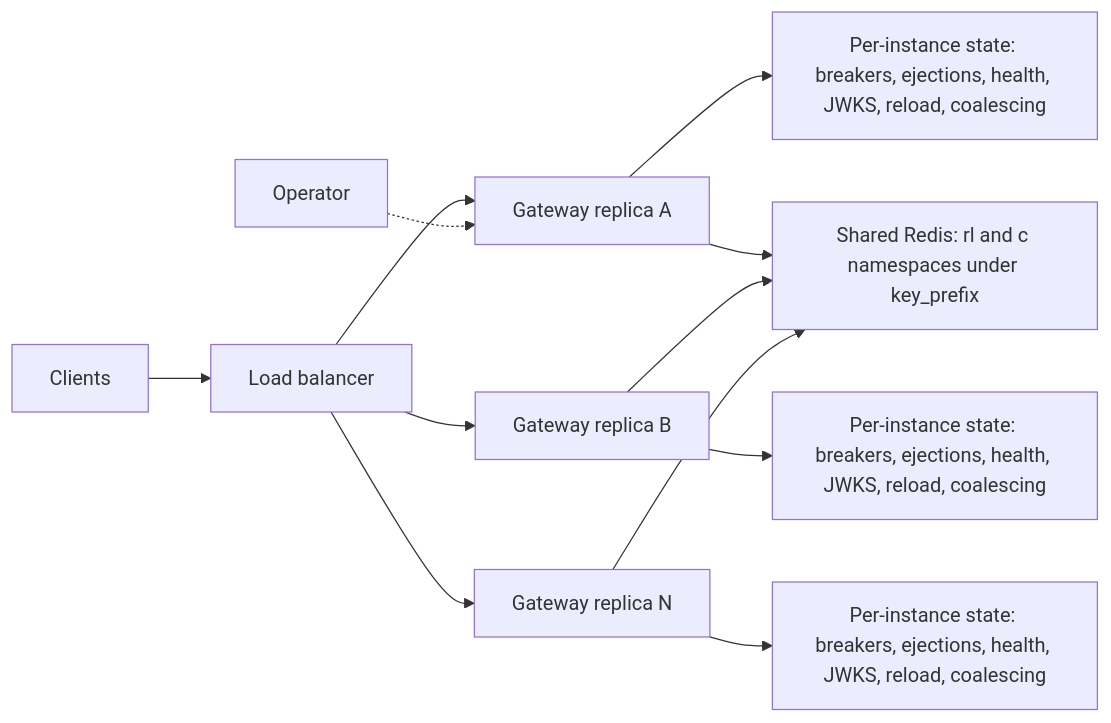
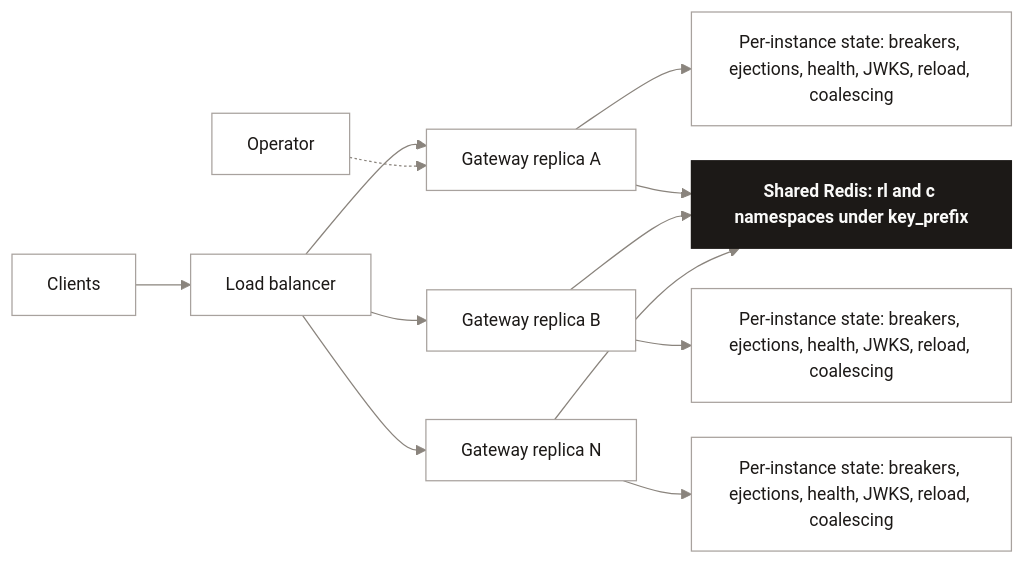
Before and after one commit to ok0/go-microgateway: the diagram in docs/multi-instance.md, drawn with Mermaid. The commit also changed 4 other files, not shown here.

Commit message:
docs: restyle the Mermaid diagrams with a neutral theme

````diff
--- a/docs/multi-instance.md
+++ b/docs/multi-instance.md
@@ -7,14 +7,18 @@
 ```mermaid
+%%{init: {"theme": "base", "themeVariables": {"fontFamily": "-apple-system, BlinkMacSystemFont, Segoe UI, Helvetica, Arial, sans-serif", "fontSize": "14px", "primaryColor": "#ffffff", "primaryTextColor": "#1c1917", "primaryBorderColor": "#a8a29e", "lineColor": "#8a847d", "clusterBkg": "#f5f4f1", "clusterBorder": "#e2dfd9", "titleColor": "#57534e", "edgeLabelBackground": "#ffffff", "actorBkg": "#ffffff", "actorBorder": "#a8a29e", "actorTextColor": "#1c1917", "actorLineColor": "#d6d3cd", "signalColor": "#8a847d", "signalTextColor": "#7d7670", "labelBoxBkgColor": "#f5f4f1", "labelBoxBorderColor": "#d6d3cd", "labelTextColor": "#1c1917", "loopTextColor": "#7d7670", "noteBkgColor": "#f5f4f1", "noteBorderColor": "#d6d3cd", "noteTextColor": "#1c1917", "activationBkgColor": "#f5f4f1", "activationBorderColor": "#a8a29e"}, "flowchart": {"curve": "basis", "nodeSpacing": 28, "rankSpacing": 44, "padding": 14}}}%%
 flowchart LR
   CL["Clients"] --> LB["Load balancer"]
   LB --> GWA["Gateway replica A"]
   LB --> GWB["Gateway replica B"]
   LB --> GWN["Gateway replica N"]
   GWA --> STA["Per-instance state: breakers, ejections, health, JWKS, reload, coalescing"]
   GWB --> STB["Per-instance state: breakers, ejections, health, JWKS, reload, coalescing"]
   GWN --> STN["Per-instance state: breakers, ejections, health, JWKS, reload, coalescing"]
   GWA --> SHR["Shared Redis: rl and c namespaces under key_prefix"]
   GWB --> SHR
   GWN --> SHR
   OPS["Operator"] -.-> GWA
+
+  classDef core fill:#1c1917,stroke:#1c1917,color:#fafaf9,font-weight:600
+  class SHR core
 ```
````
